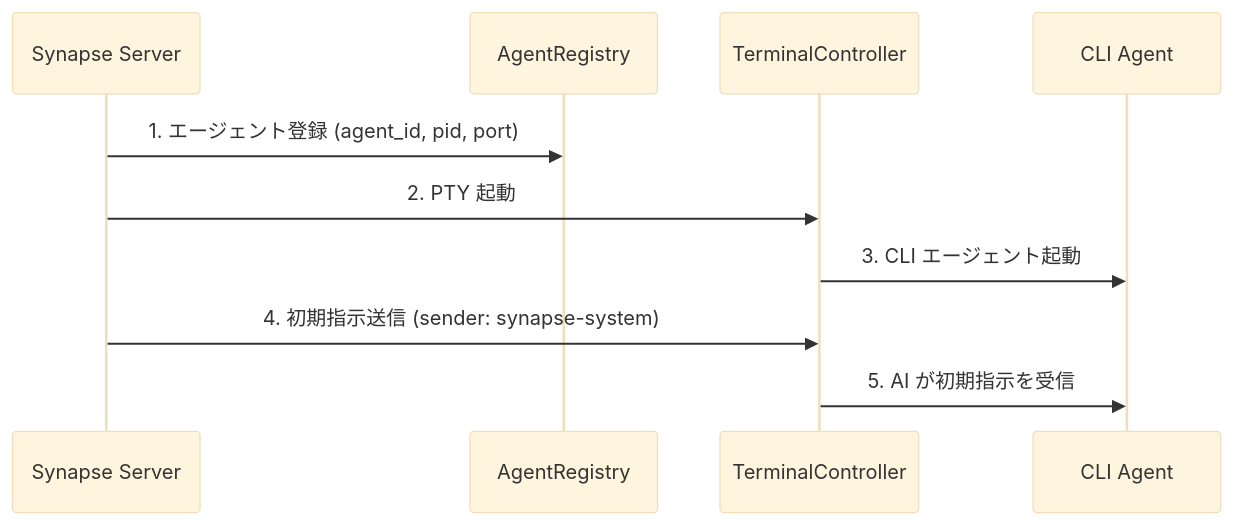
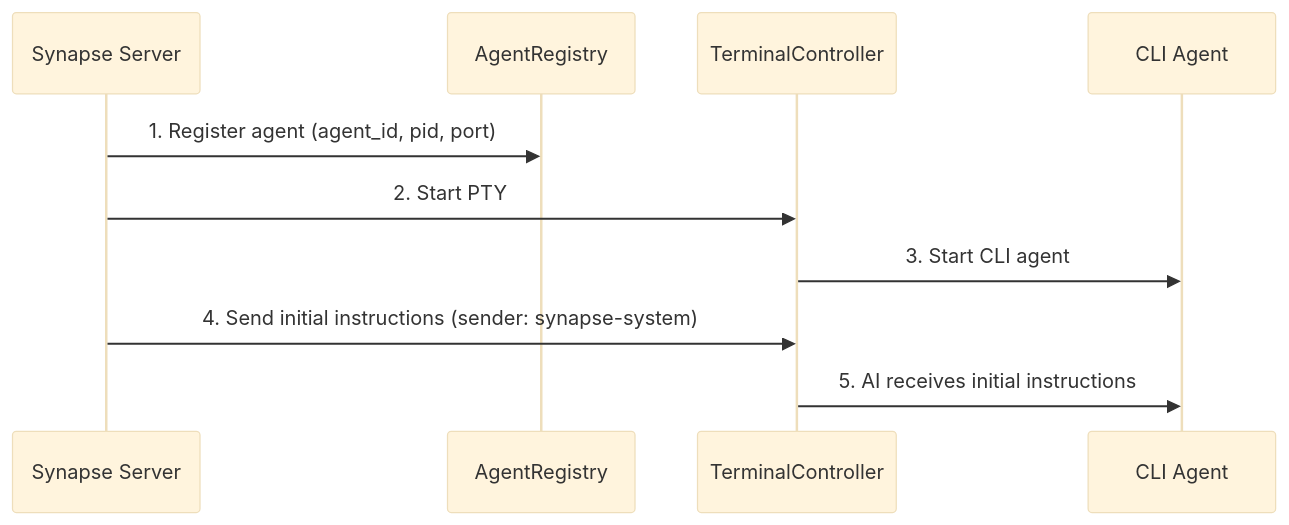
Before and after one commit to s-hiraoku/synapse-a2a: the second of 5 diagrams in README.md, drawn with Mermaid (base theme). The commit also changed other lines of this file and 1 other file, not shown here.

````diff
--- a/README.md
+++ b/README.md
@@ -374,13 +376,13 @@
 ```mermaid
 sequenceDiagram
     participant Synapse as Synapse Server
     participant Registry as AgentRegistry
     participant PTY as TerminalController
     participant CLI as CLI Agent
 
-    Synapse->>Registry: 1. エージェント登録 (agent_id, pid, port)
-    Synapse->>PTY: 2. PTY 起動
-    PTY->>CLI: 3. CLI エージェント起動
-    Synapse->>PTY: 4. 初期指示送信 (sender: synapse-system)
-    PTY->>CLI: 5. AI が初期指示を受信
+    Synapse->>Registry: 1. Register agent (agent_id, pid, port)
+    Synapse->>PTY: 2. Start PTY
+    PTY->>CLI: 3. Start CLI agent
+    Synapse->>PTY: 4. Send initial instructions (sender: synapse-system)
+    PTY->>CLI: 5. AI receives initial instructions
 ```
````
